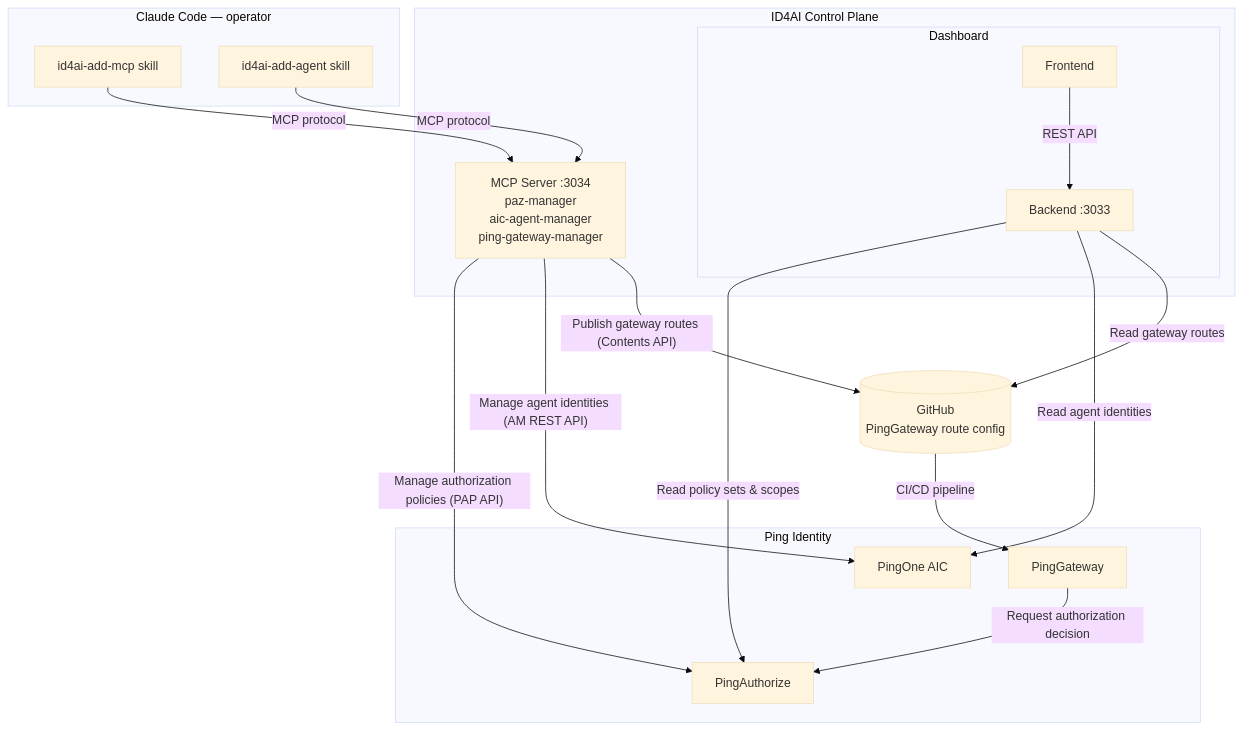
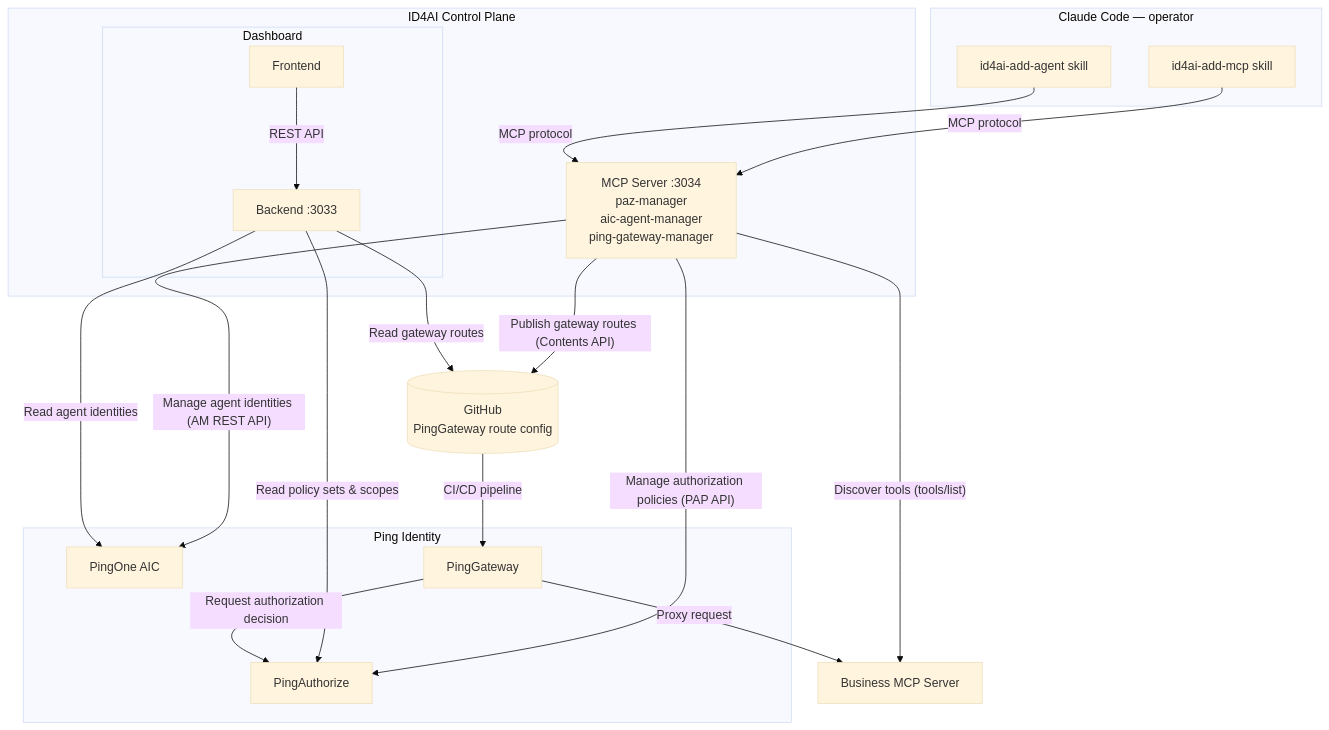
The second of 4 diagrams in README.md (carbonefederico/id4ai-control-plane), drawn with Mermaid (base theme) before and after one commit. The commit also changed other lines of this file, not shown here.

Commit message:
Add Business MCP Server to architecture and sequence diagrams

````diff
--- a/README.md
+++ b/README.md
@@ -56,37 +56,40 @@
 ```mermaid
 graph TD
     subgraph ide [Claude Code — operator]
         S1[id4ai-add-mcp skill]
         S2[id4ai-add-agent skill]
     end
 
     subgraph cp [ID4AI Control Plane]
         MCP["MCP Server :3034
         paz-manager
         aic-agent-manager
         ping-gateway-manager"]
         subgraph dash [Dashboard]
             BE[Backend :3033]
             FE[Frontend]
         end
     end
 
     subgraph ping [Ping Identity]
         PAZ[PingAuthorize]
         AIC[PingOne AIC]
         PG[PingGateway]
     end
 
     GH[(GitHub\nPingGateway route config)]
+    BizMCP[Business MCP Server]
 
     S1 & S2 -->|MCP protocol| MCP
     MCP -->|"Manage authorization policies (PAP API)"| PAZ
     MCP -->|"Manage agent identities (AM REST API)"| AIC
     MCP -->|"Publish gateway routes (Contents API)"| GH
+    MCP -->|"Discover tools (tools/list)"| BizMCP
     GH -->|CI/CD pipeline| PG
     BE -->|"Read policy sets & scopes"| PAZ
     BE -->|"Read agent identities"| AIC
     BE -->|"Read gateway routes"| GH
     FE -->|REST API| BE
     PG -->|"Request authorization decision"| PAZ
+    PG -->|"Proxy request"| BizMCP
 ```
````
